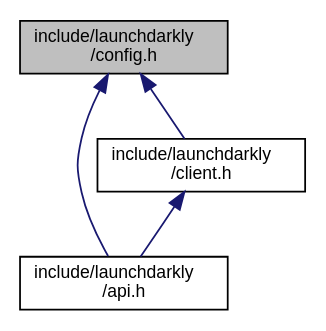
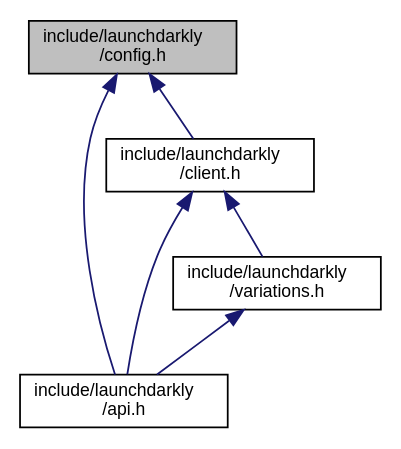
Before and after one commit to launchdarkly/c-server-sdk: the diagram in config_8h__dep__incl.dot, drawn with Graphviz. The commit also changed 109 other files, not shown here.

```diff
--- a/config_8h__dep__incl.dot
+++ b/config_8h__dep__incl.dot
@@ -1,11 +1,14 @@
 digraph "include/launchdarkly/config.h"
 {
   edge [fontname="Helvetica",fontsize="10",labelfontname="Helvetica",labelfontsize="10"];
   node [fontname="Helvetica",fontsize="10",shape=record];
-  Node4 [label="include/launchdarkly\l/config.h",height=0.2,width=0.4,color="black", fillcolor="grey75", style="filled", fontcolor="black"];
-  Node4 -> Node5 [dir="back",color="midnightblue",fontsize="10",style="solid",fontname="Helvetica"];
-  Node5 [label="include/launchdarkly\l/api.h",height=0.2,width=0.4,color="black", fillcolor="white", style="filled",URL="$api_8h.html",tooltip="Public API. Include this for every public operation. "];
-  Node4 -> Node6 [dir="back",color="midnightblue",fontsize="10",style="solid",fontname="Helvetica"];
-  Node6 [label="include/launchdarkly\l/client.h",height=0.2,width=0.4,color="black", fillcolor="white", style="filled",URL="$client_8h.html",tooltip="Public API Interface for Client operations. "];
-  Node6 -> Node5 [dir="back",color="midnightblue",fontsize="10",style="solid",fontname="Helvetica"];
+  Node5 [label="include/launchdarkly\l/config.h",height=0.2,width=0.4,color="black", fillcolor="grey75", style="filled", fontcolor="black"];
+  Node5 -> Node6 [dir="back",color="midnightblue",fontsize="10",style="solid",fontname="Helvetica"];
+  Node6 [label="include/launchdarkly\l/api.h",height=0.2,width=0.4,color="black", fillcolor="white", style="filled",URL="$api_8h.html",tooltip="Public API. Include this for every public operation. "];
+  Node5 -> Node7 [dir="back",color="midnightblue",fontsize="10",style="solid",fontname="Helvetica"];
+  Node7 [label="include/launchdarkly\l/client.h",height=0.2,width=0.4,color="black", fillcolor="white", style="filled",URL="$client_8h.html",tooltip="Public API Interface for Client operations. "];
+  Node7 -> Node6 [dir="back",color="midnightblue",fontsize="10",style="solid",fontname="Helvetica"];
+  Node7 -> Node8 [dir="back",color="midnightblue",fontsize="10",style="solid",fontname="Helvetica"];
+  Node8 [label="include/launchdarkly\l/variations.h",height=0.2,width=0.4,color="black", fillcolor="white", style="filled",URL="$variations_8h.html",tooltip="Public API Interface for evaluation variations. "];
+  Node8 -> Node6 [dir="back",color="midnightblue",fontsize="10",style="solid",fontname="Helvetica"];
 }
```
